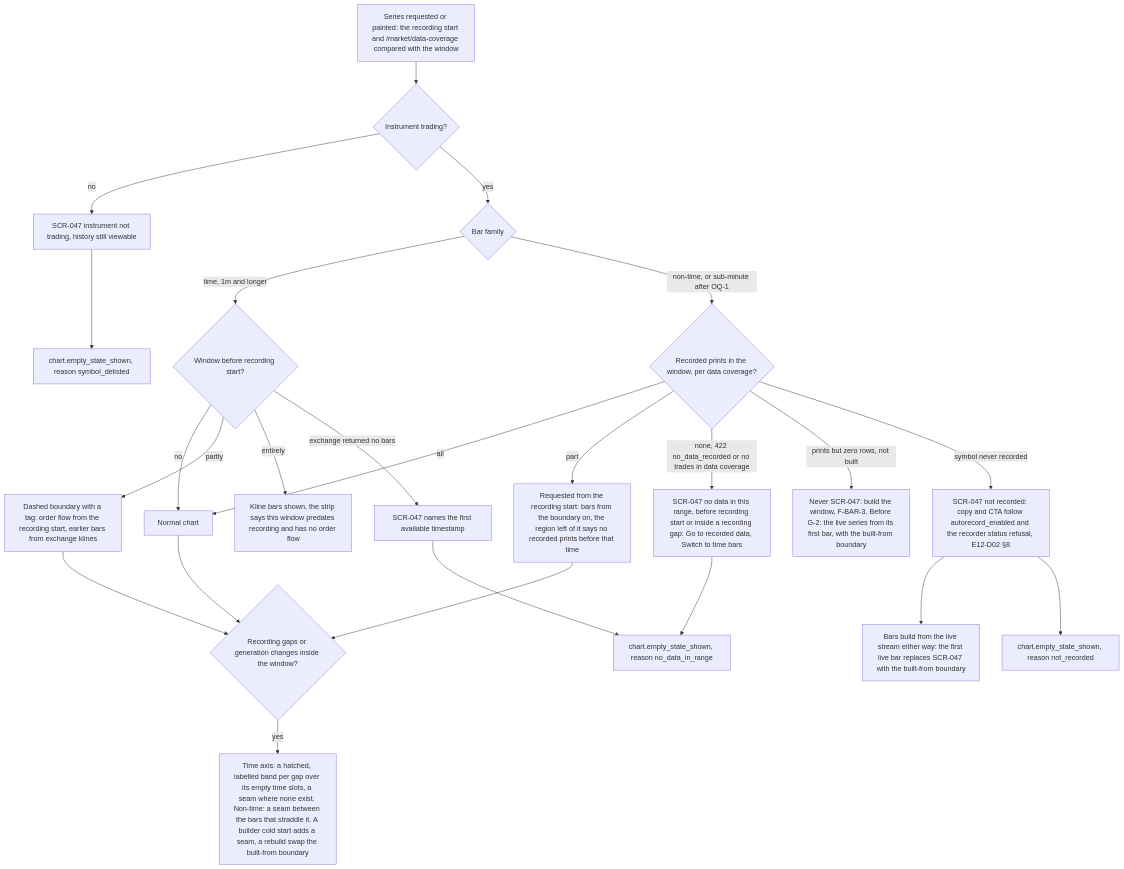
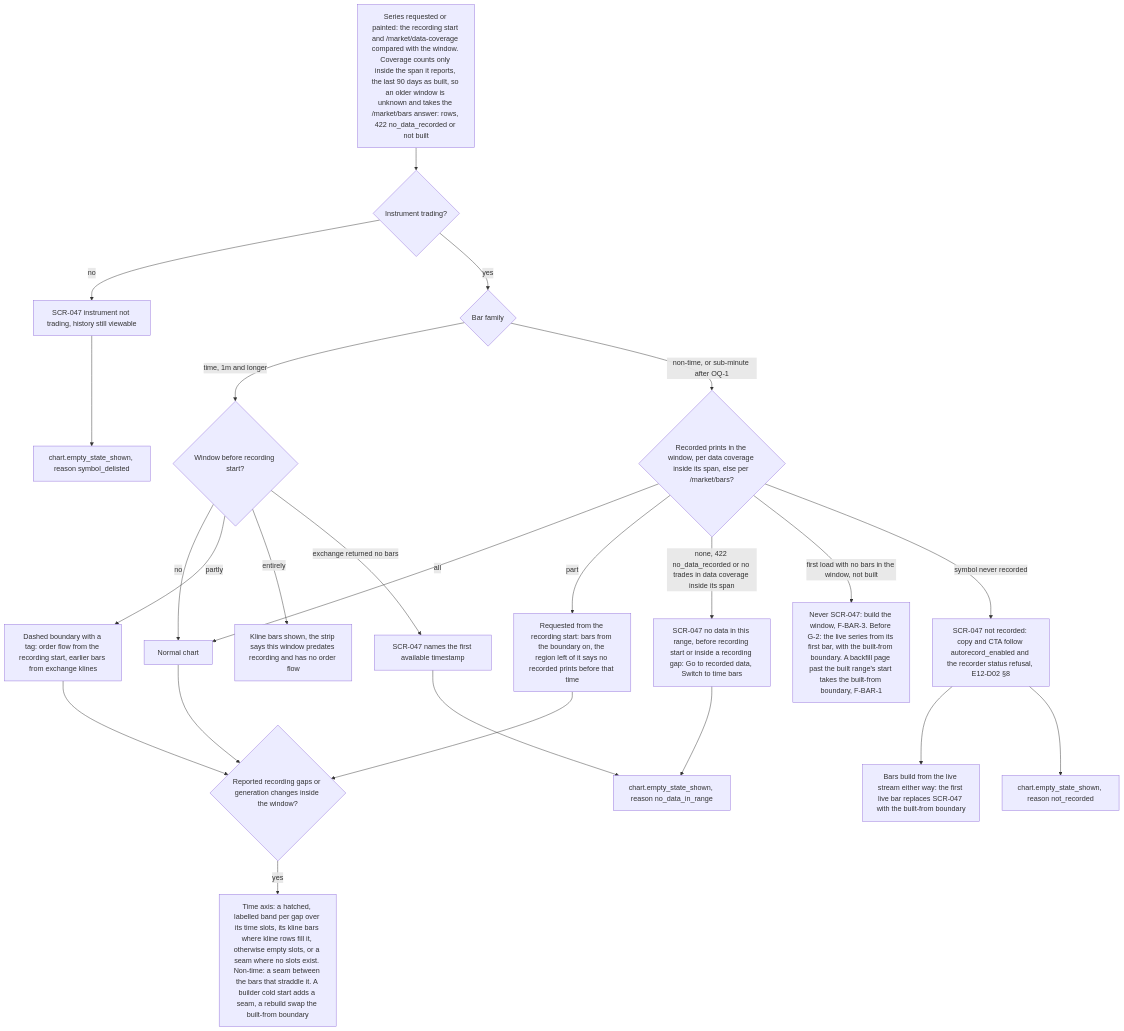
Before and after one commit to CandleViewer/CandleViewer: diagram 30 of 30 in docs/plan/13-user-flows.md, drawn with Mermaid. The commit also changed other lines of this file and 1 other file, not shown here.

First line of the commit message:
docs(chart-engine): fold the round-3 review into the F-BAR flows and SCR-030 matrix

````diff
--- a/docs/plan/13-user-flows.md
+++ b/docs/plan/13-user-flows.md
@@ -881,26 +885,26 @@
 ```mermaid
 flowchart TD
-  A5["Series requested or painted: the recording start and /market/data-coverage compared with the window"] --> Z5{"Instrument trading?"}
+  A5["Series requested or painted: the recording start and /market/data-coverage compared with the window. Coverage counts only inside the span it reports, the last 90 days as built, so an older window is unknown and takes the /market/bars answer: rows, 422 no_data_recorded or not built"] --> Z5{"Instrument trading?"}
   Z5 -->|no| L5["SCR-047 instrument not trading, history still viewable"]
   Z5 -->|yes| B5{"Bar family"}
   B5 -->|time, 1m and longer| C5{"Window before recording start?"}
   C5 -->|no| D5["Normal chart"]
   C5 -->|partly| E5["Dashed boundary with a tag: order flow from the recording start, earlier bars from exchange klines"]
   C5 -->|entirely| F5["Kline bars shown, the strip says this window predates recording and has no order flow"]
   C5 -->|exchange returned no bars| M5["SCR-047 names the first available timestamp"]
-  B5 -->|non-time, or sub-minute after OQ-1| G5{"Recorded prints in the window, per data coverage?"}
+  B5 -->|non-time, or sub-minute after OQ-1| G5{"Recorded prints in the window, per data coverage inside its span, else per /market/bars?"}
   G5 -->|all| D5
   G5 -->|part| H5["Requested from the recording start: bars from the boundary on, the region left of it says no recorded prints before that time"]
-  G5 -->|none, 422 no_data_recorded or no trades in data coverage| I5["SCR-047 no data in this range, before recording start or inside a recording gap: Go to recorded data, Switch to time bars"]
-  G5 -->|prints but zero rows, not built| Q5["Never SCR-047: build the window, F-BAR-3. Before G-2: the live series from its first bar, with the built-from boundary"]
+  G5 -->|none, 422 no_data_recorded or no trades in data coverage inside its span| I5["SCR-047 no data in this range, before recording start or inside a recording gap: Go to recorded data, Switch to time bars"]
+  G5 -->|first load with no bars in the window, not built| Q5["Never SCR-047: build the window, F-BAR-3. Before G-2: the live series from its first bar, with the built-from boundary. A backfill page past the built range's start takes the built-from boundary, F-BAR-1"]
   G5 -->|symbol never recorded| J5["SCR-047 not recorded: copy and CTA follow autorecord_enabled and the recorder status refusal, E12-D02 §8"]
   J5 --> K5["Bars build from the live stream either way: the first live bar replaces SCR-047 with the built-from boundary"]
-  D5 --> R5{"Recording gaps or generation changes inside the window?"}
+  D5 --> R5{"Reported recording gaps or generation changes inside the window?"}
   E5 --> R5
   H5 --> R5
-  R5 -->|yes| S5["Time axis: a hatched, labelled band per gap over its empty time slots, a seam where none exist. Non-time: a seam between the bars that straddle it. A builder cold start adds a seam, a rebuild swap the built-from boundary"]
+  R5 -->|yes| S5["Time axis: a hatched, labelled band per gap over its time slots, its kline bars where kline rows fill it, otherwise empty slots, or a seam where no slots exist. Non-time: a seam between the bars that straddle it. A builder cold start adds a seam, a rebuild swap the built-from boundary"]
   I5 --> N5["chart.empty_state_shown, reason no_data_in_range"]
   M5 --> N5
   J5 --> O5["chart.empty_state_shown, reason not_recorded"]
   L5 --> P5["chart.empty_state_shown, reason symbol_delisted"]
 ```
````
